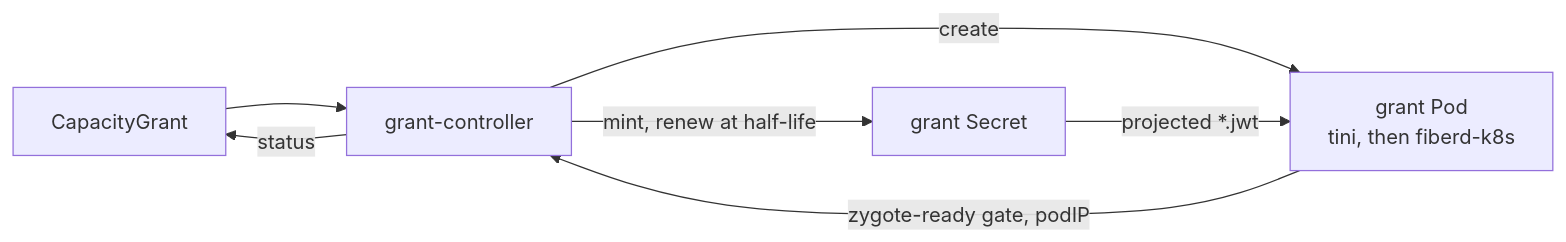
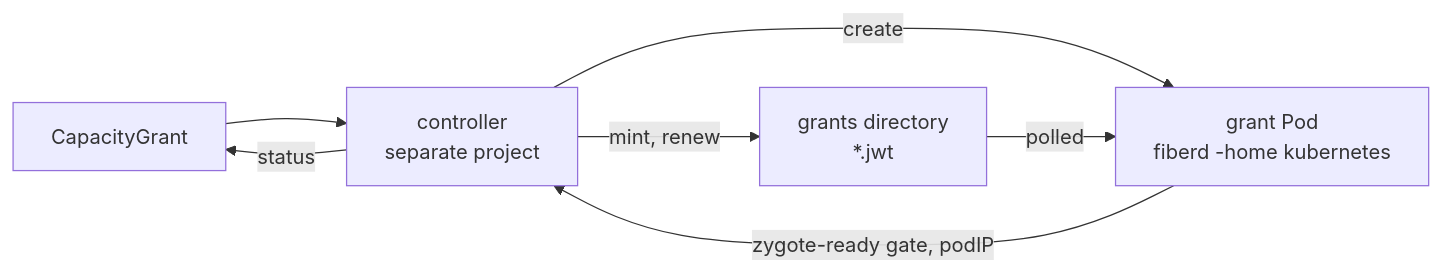
The first of 2 diagrams in docs/design/kubernetes.md (helayoty/fiberd), drawn with Mermaid before and after one commit. The commit also changed other lines of this file and 83 other files, not shown here.

First line of the commit message:
Move the Kubernetes home into fiberd behind -home (#90)

````diff
--- a/docs/design/kubernetes.md
+++ b/docs/design/kubernetes.md
@@ -11,9 +13,9 @@
 ```mermaid
 flowchart LR
-  CG[CapacityGrant] --> C[grant-controller]
-  C -->|create| P[grant Pod<br/>tini, then fiberd-k8s]
-  C -->|mint, renew at half-life| S[grant Secret]
-  S -->|projected *.jwt| P
+  CG[CapacityGrant] --> C[controller<br/>separate project]
+  C -->|create| P[grant Pod<br/>fiberd -home kubernetes]
+  C -->|mint, renew| D[grants directory<br/>*.jwt]
+  D -->|polled| P
   P -->|zygote-ready gate, podIP| C
   C -->|status| CG
 ```
````
